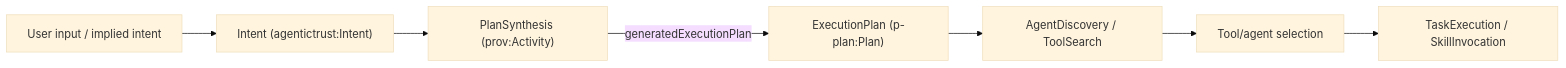
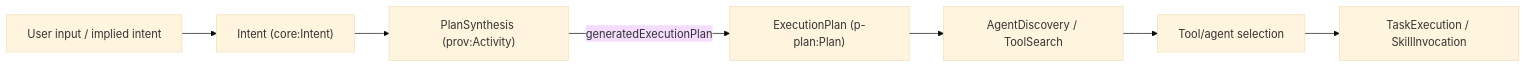
One commit to Agentic-Trust-Layer/agent-explorer changed the fifth of 7 diagrams in docs/ontology/intent.md. Above: the diagram before and after it, drawn with Mermaid (base theme). The commit also changed other lines of this file and 49 other files, not shown here.

````diff
--- a/docs/ontology/intent.md
+++ b/docs/ontology/intent.md
@@ -175,17 +175,17 @@
 ```mermaid
 graph LR
   NL["User input / implied intent"]
-  Intent["Intent (agentictrust:Intent)"]
+  Intent["Intent (core:Intent)"]
   PlanAct["PlanSynthesis (prov:Activity)"]
   Plan["ExecutionPlan (p-plan:Plan)"]
   Disc["AgentDiscovery / ToolSearch"]
   Select["Tool/agent selection"]
   Exec["TaskExecution / SkillInvocation"]
 
   NL --> Intent
   Intent --> PlanAct
   PlanAct -->|generatedExecutionPlan| Plan
   Plan --> Disc
   Disc --> Select
   Select --> Exec
 ```
````
